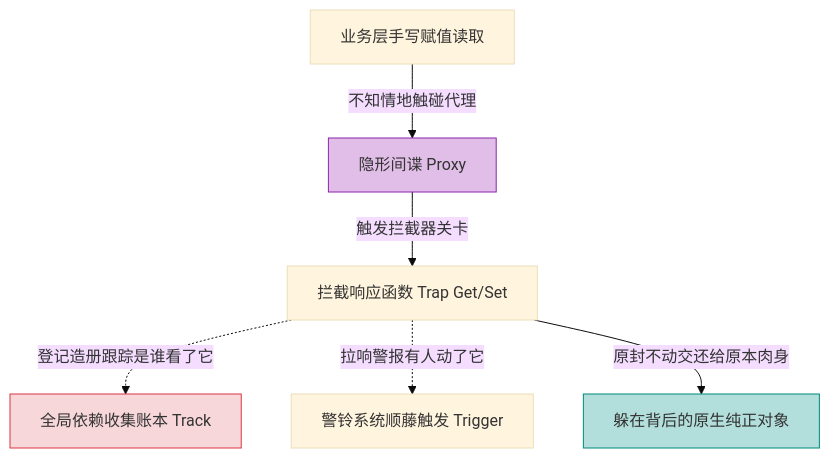
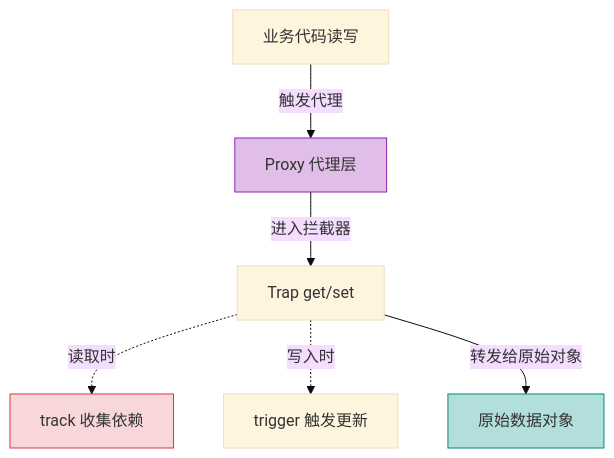
Before and after one commit to briefness/LZYBlog: the diagram in docs/posts/Vue3/02_Reactivity_Essentials.md, drawn with Mermaid (base theme). The commit also changed other lines of this file and 19 other files, not shown here.

````diff
--- a/docs/posts/Vue3/02_Reactivity_Essentials.md
+++ b/docs/posts/Vue3/02_Reactivity_Essentials.md
@@ -17,14 +15,14 @@
 ```mermaid
 flowchart TD
-    User[业务层手写赋值读取] -->|不知情地触碰代理| Proxy[隐形间谍 Proxy]
-    Proxy -->|触发拦截器关卡| Handler[拦截响应函数 Trap Get/Set]
-    
-    Handler -.->|登记造册跟踪是谁看了它| Dep[全局依赖收集账本 Track]
-    Handler -.->|拉响警报有人动了它| Trigger[警铃系统顺藤触发 Trigger]
-    
-    Handler -->|原封不动交还给原本肉身| Target[躲在背后的原生纯正对象]
-    
+    User[业务代码读写] -->|触发代理| Proxy[Proxy 代理层]
+    Proxy -->|进入拦截器| Handler[Trap get/set]
+
+    Handler -.->|读取时| Dep[track 收集依赖]
+    Handler -.->|写入时| Trigger[trigger 触发更新]
+
+    Handler -->|转发给原始对象| Target[原始数据对象]
+
     style Proxy fill:#e1bee7,stroke:#8e24aa
     style Target fill:#b2dfdb,stroke:#00897b
     style Dep fill:#f8d7da,stroke:#dc3545
 ```
````
